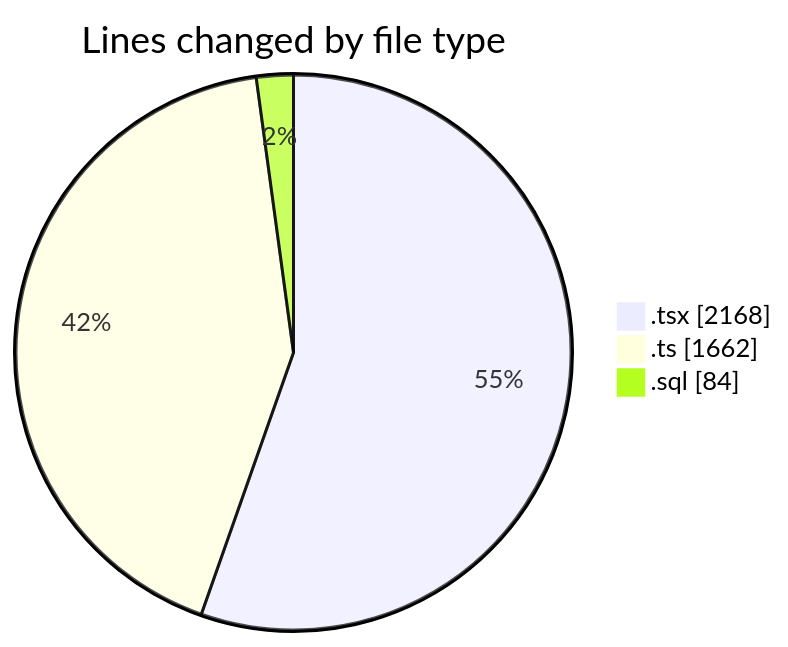
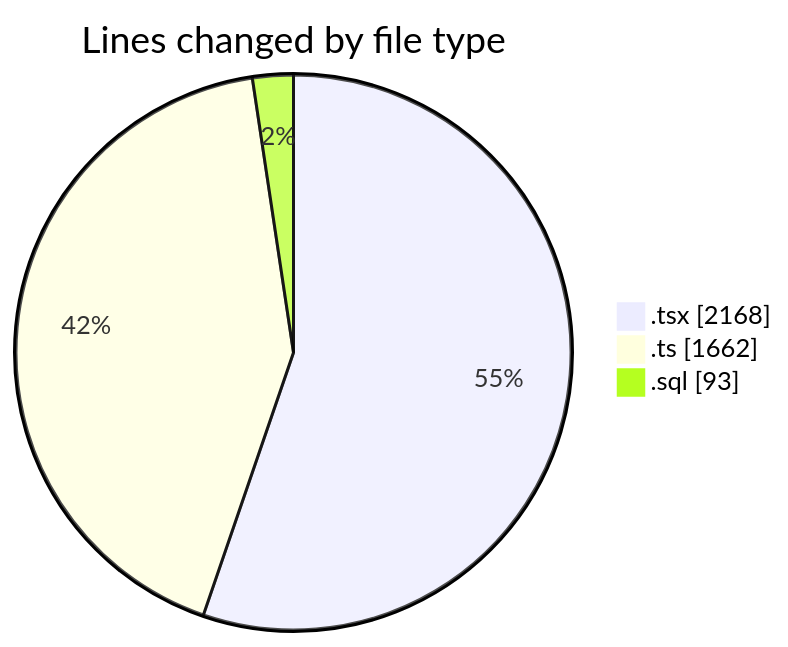
One commit to lephambinh05/code-tracking changed the first of 2 diagrams in 2025-09-05/hiai-phf/README.md. Above: the diagram before and after it, drawn with Mermaid. The commit also changed other lines of this file and 1 other file, not shown here.

````diff
--- a/2025-09-05/hiai-phf/README.md
+++ b/2025-09-05/hiai-phf/README.md
@@ -56,7 +56,7 @@
 ```mermaid
 pie showData
 title Lines changed by file type
 ".tsx" : 2168
 ".ts" : 1662
-".sql" : 84
+".sql" : 93
 ```
````
